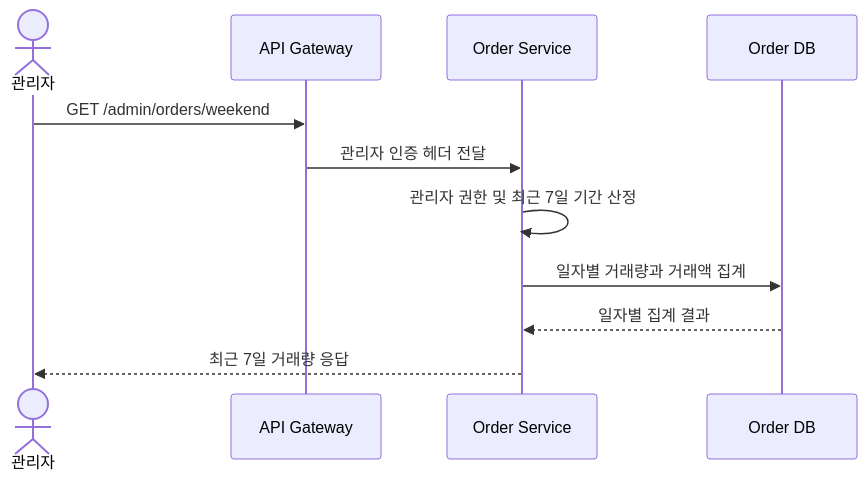
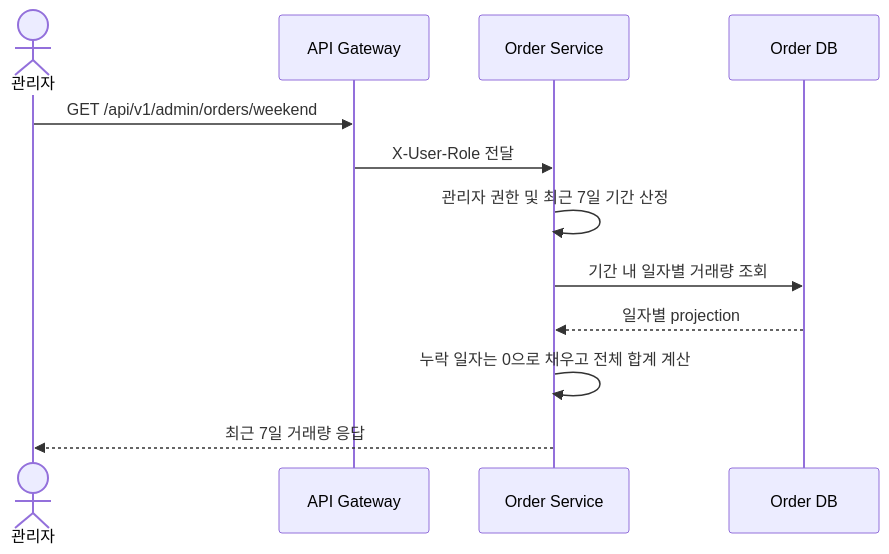
One commit to prgrms-be-adv-devcourse/beadv6_6_3JMT_BE changed diagram 12 of 15 in docs/architecture/order-usecase-detail.md. Above: the diagram before and after it, drawn with Mermaid. The commit also changed other lines of this file and 3 other files, not shown here.

````diff
--- a/docs/architecture/order-usecase-detail.md
+++ b/docs/architecture/order-usecase-detail.md
@@ -489,14 +389,15 @@
 ```mermaid
 sequenceDiagram
     actor Admin as 관리자
     participant Gateway as API Gateway
     participant Order as Order Service
     participant DB as Order DB
 
-    Admin->>Gateway: GET /admin/orders/weekend
-    Gateway->>Order: 관리자 인증 헤더 전달
+    Admin->>Gateway: GET /api/v1/admin/orders/weekend
+    Gateway->>Order: X-User-Role 전달
     Order->>Order: 관리자 권한 및 최근 7일 기간 산정
-    Order->>DB: 일자별 거래량과 거래액 집계
-    DB-->>Order: 일자별 집계 결과
+    Order->>DB: 기간 내 일자별 거래량 조회
+    DB-->>Order: 일자별 projection
+    Order->>Order: 누락 일자는 0으로 채우고 전체 합계 계산
     Order-->>Admin: 최근 7일 거래량 응답
 ```
````
